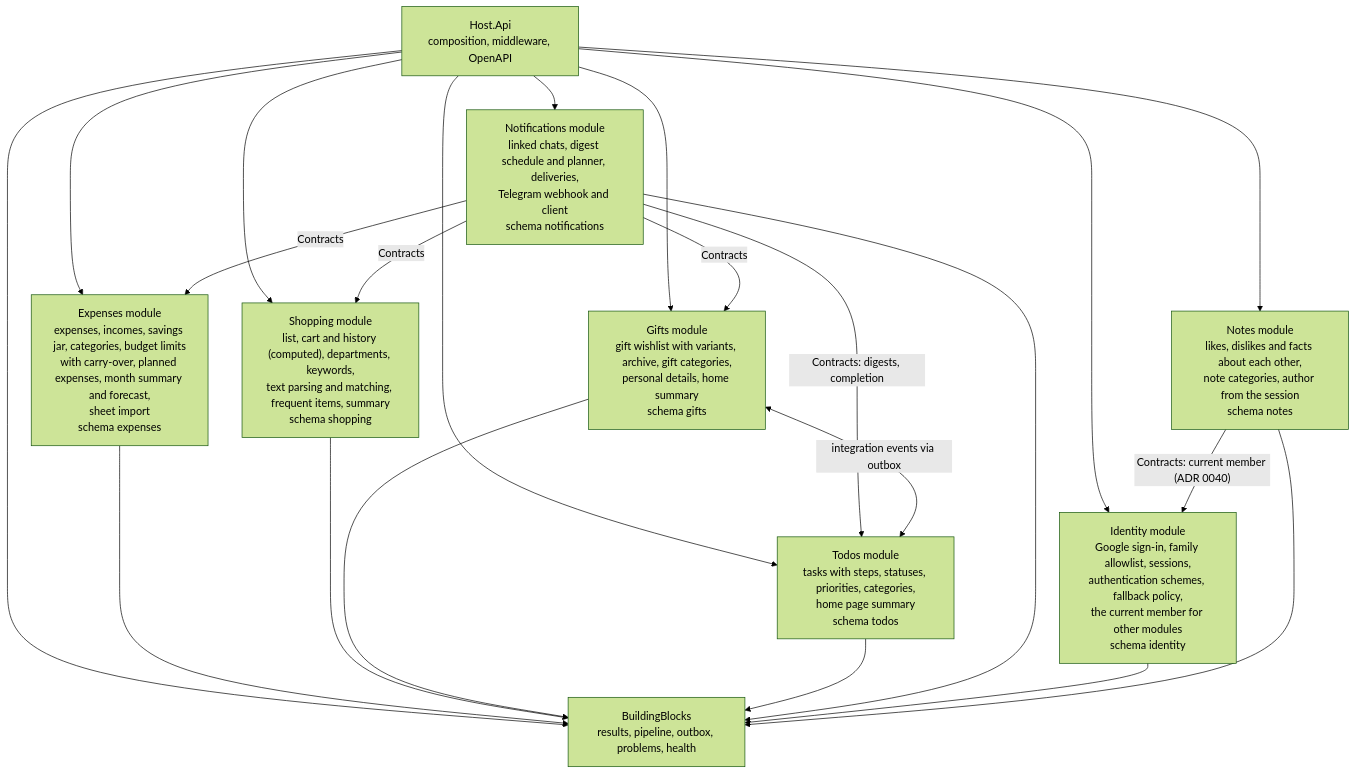
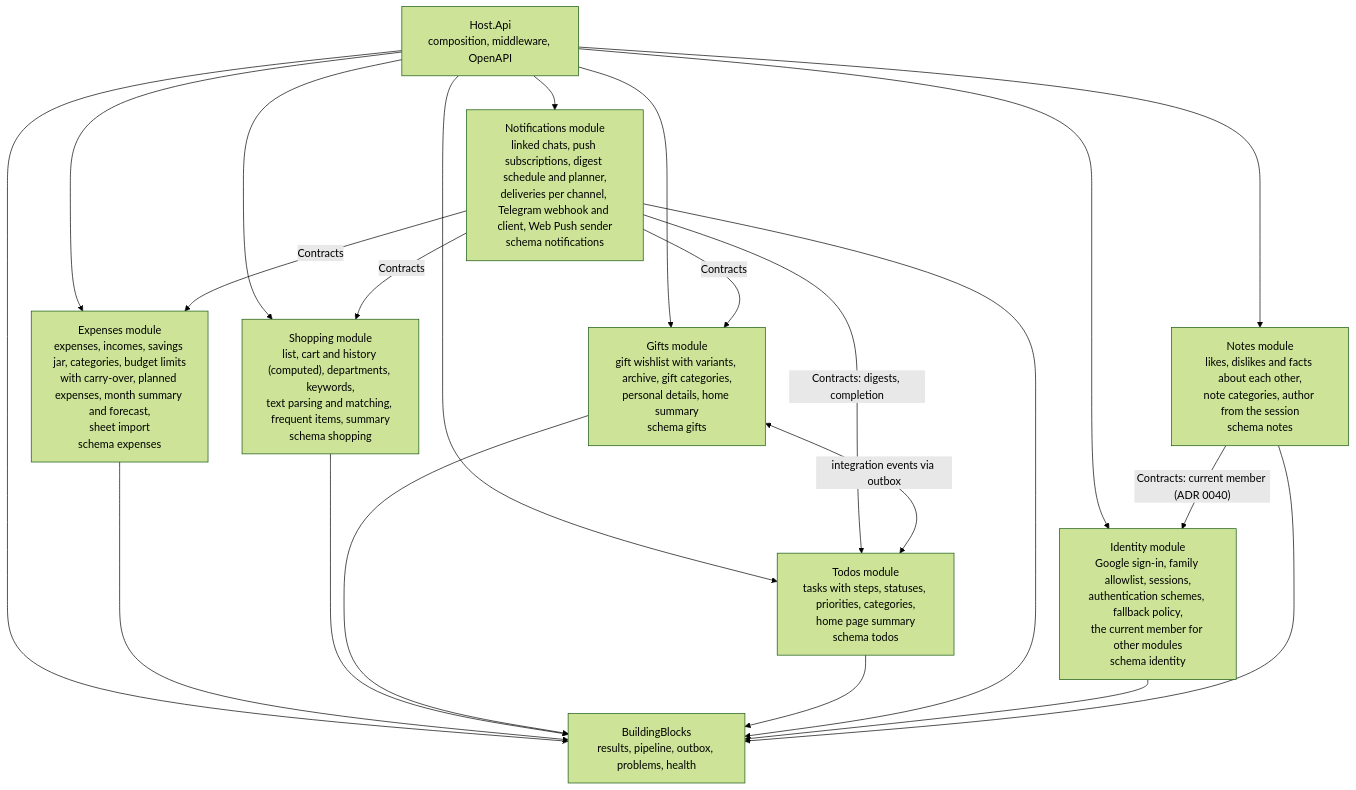
Before and after one commit to Weretik/home-app: the third of 3 diagrams in api/docs/architecture/c4.md, drawn with Mermaid (forest theme). The commit also changed other lines of this file and 75 other files, not shown here.

First line of the commit message:
Notifications: Web Push next to Telegram (subscriptions, VAPID sender, digests on both channels)

````diff
--- a/api/docs/architecture/c4.md
+++ b/api/docs/architecture/c4.md
@@ -59,34 +63,34 @@
 ```mermaid
 flowchart TB
     host["Host.Api<br/>composition, middleware, OpenAPI"]
     blocks["BuildingBlocks<br/>results, pipeline, outbox, problems, health"]
     expenses["Expenses module<br/>expenses, incomes, savings jar, categories, budget limits<br/>with carry-over, planned expenses, month summary and forecast,<br/>sheet import<br/>schema expenses"]
     shopping["Shopping module<br/>list, cart and history (computed), departments, keywords,<br/>text parsing and matching, frequent items, summary<br/>schema shopping"]
     gifts["Gifts module<br/>gift wishlist with variants, archive, gift categories,<br/>personal details, home summary<br/>schema gifts"]
     todos["Todos module<br/>tasks with steps, statuses, priorities, categories,<br/>home page summary<br/>schema todos"]
-    notifications["Notifications module<br/>linked chats, digest schedule and planner, deliveries,<br/>Telegram webhook and client<br/>schema notifications"]
+    notifications["Notifications module<br/>linked chats, push subscriptions, digest schedule and planner,<br/>deliveries per channel, Telegram webhook and client, Web Push sender<br/>schema notifications"]
     identity["Identity module<br/>Google sign-in, family allowlist, sessions,<br/>authentication schemes, fallback policy,<br/>the current member for other modules<br/>schema identity"]
     notes["Notes module<br/>likes, dislikes and facts about each other,<br/>note categories, author from the session<br/>schema notes"]
 
     host --> blocks
     host --> expenses
     host --> shopping
     host --> gifts
     host --> todos
     host --> notes
     host --> notifications
     host --> identity
     expenses --> blocks
     shopping --> blocks
     gifts --> blocks
     todos --> blocks
     notifications --> blocks
     notifications -->|"Contracts: digests, completion"| todos
     notifications -->|Contracts| gifts
     notifications -->|Contracts| shopping
     notifications -->|Contracts| expenses
     gifts <-->|"integration events via outbox"| todos
     identity --> blocks
     notes --> blocks
     notes -->|"Contracts: current member (ADR 0040)"| identity
 ```
````
